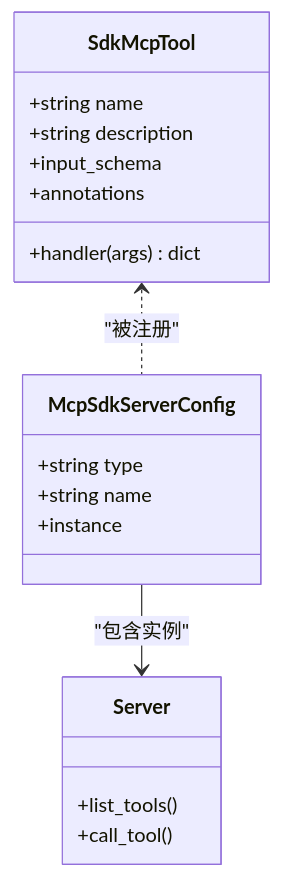
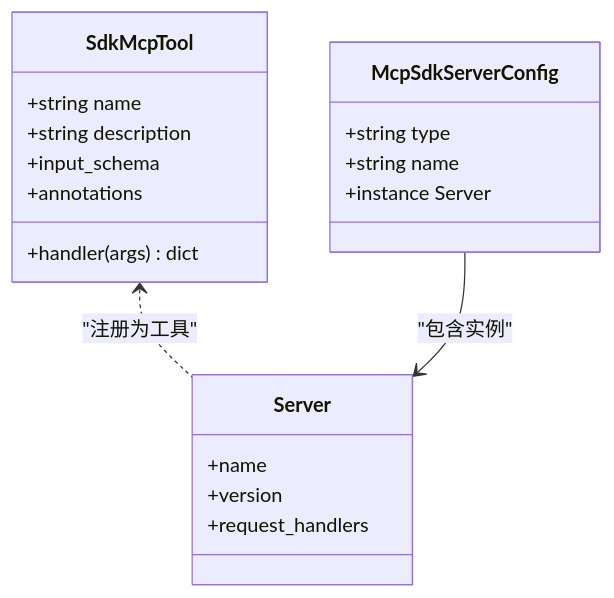
One commit to defulat-coder/claude-agent-sdk-python changed the third of 8 diagrams in .qoder/repowiki/zh/content/高级功能/高级功能.md. Above: the diagram before and after it, drawn with Mermaid. The commit also changed other lines of this file and 77 other files, not shown here.

````diff
--- a/.qoder/repowiki/zh/content/高级功能/高级功能.md
+++ b/.qoder/repowiki/zh/content/高级功能/高级功能.md
@@ -125,21 +171,22 @@
 ```mermaid
 classDiagram
 class SdkMcpTool {
 +string name
 +string description
 +input_schema
 +handler(args) dict
 +annotations
 }
+class Server {
++name
++version
++request_handlers
+}
 class McpSdkServerConfig {
 +string type
 +string name
-+instance
++instance Server
 }
-class Server {
-+list_tools()
-+call_tool()
-}
-SdkMcpTool <.. McpSdkServerConfig : "被注册"
+SdkMcpTool <.. Server : "注册为工具"
 McpSdkServerConfig --> Server : "包含实例"
 ```
````
